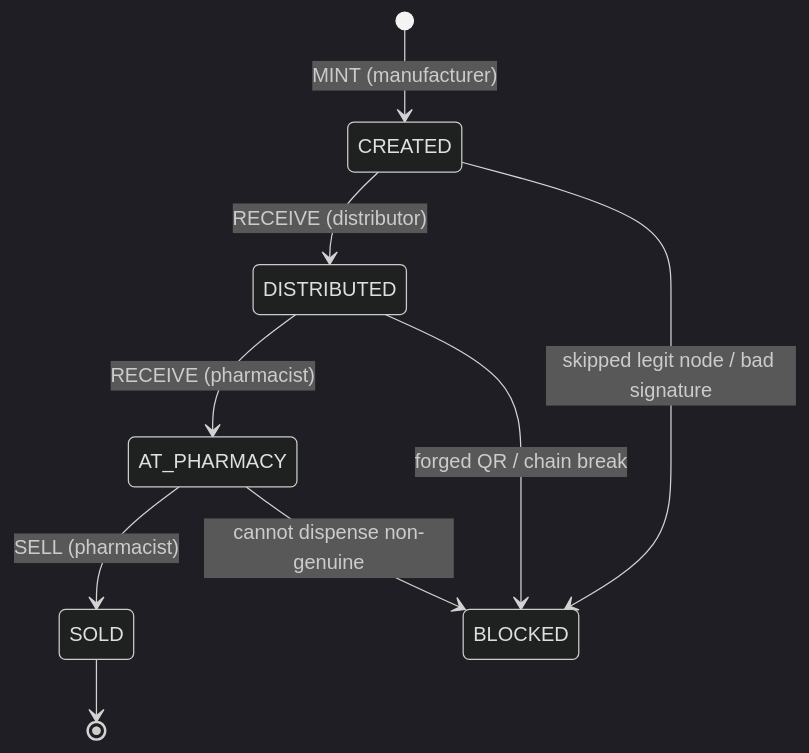
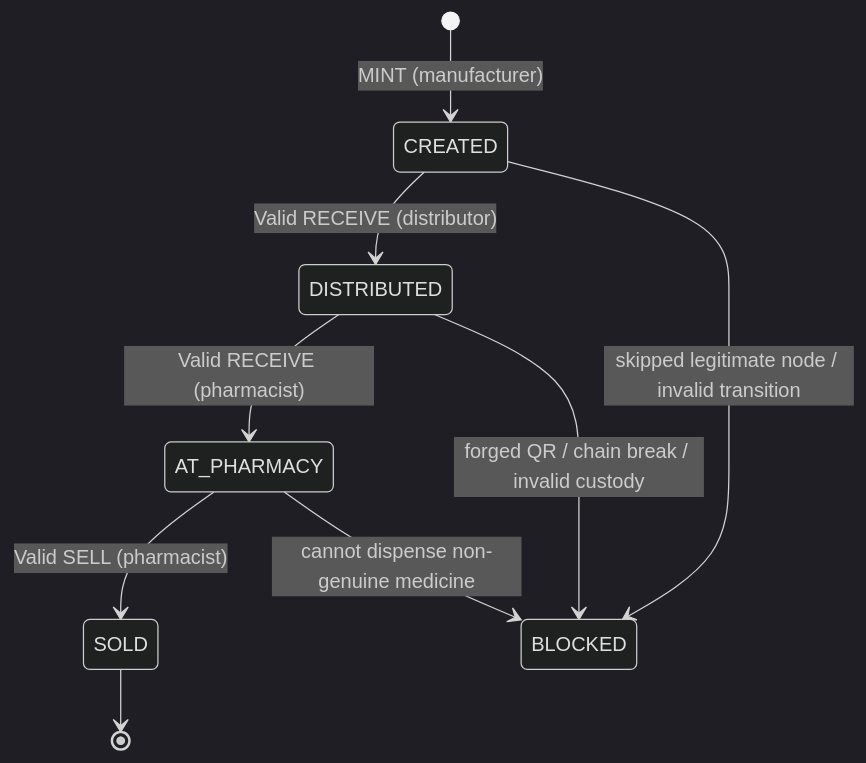
One commit to tanaymitra54/sih_2026 changed the fifth of 10 diagrams in README.md. Above: the diagram before and after it, drawn with Mermaid (dark theme). The commit also changed other lines of this file, not shown here.

````diff
--- a/README.md
+++ b/README.md
@@ -53,11 +256,15 @@
 ```mermaid
 stateDiagram-v2
+
     [*] --> CREATED: MINT (manufacturer)
-    CREATED --> DISTRIBUTED: RECEIVE (distributor)
-    DISTRIBUTED --> AT_PHARMACY: RECEIVE (pharmacist)
-    AT_PHARMACY --> SOLD: SELL (pharmacist)
+
+    CREATED --> DISTRIBUTED: Valid RECEIVE (distributor)
+    DISTRIBUTED --> AT_PHARMACY: Valid RECEIVE (pharmacist)
+    AT_PHARMACY --> SOLD: Valid SELL (pharmacist)
+
     SOLD --> [*]
-    CREATED --> BLOCKED: skipped legit node / bad signature
-    DISTRIBUTED --> BLOCKED: forged QR / chain break
-    AT_PHARMACY --> BLOCKED: cannot dispense non-genuine
+
+    CREATED --> BLOCKED: skipped legitimate node / invalid transition
+    DISTRIBUTED --> BLOCKED: forged QR / chain break / invalid custody
+    AT_PHARMACY --> BLOCKED: cannot dispense non-genuine medicine
 ```
````
